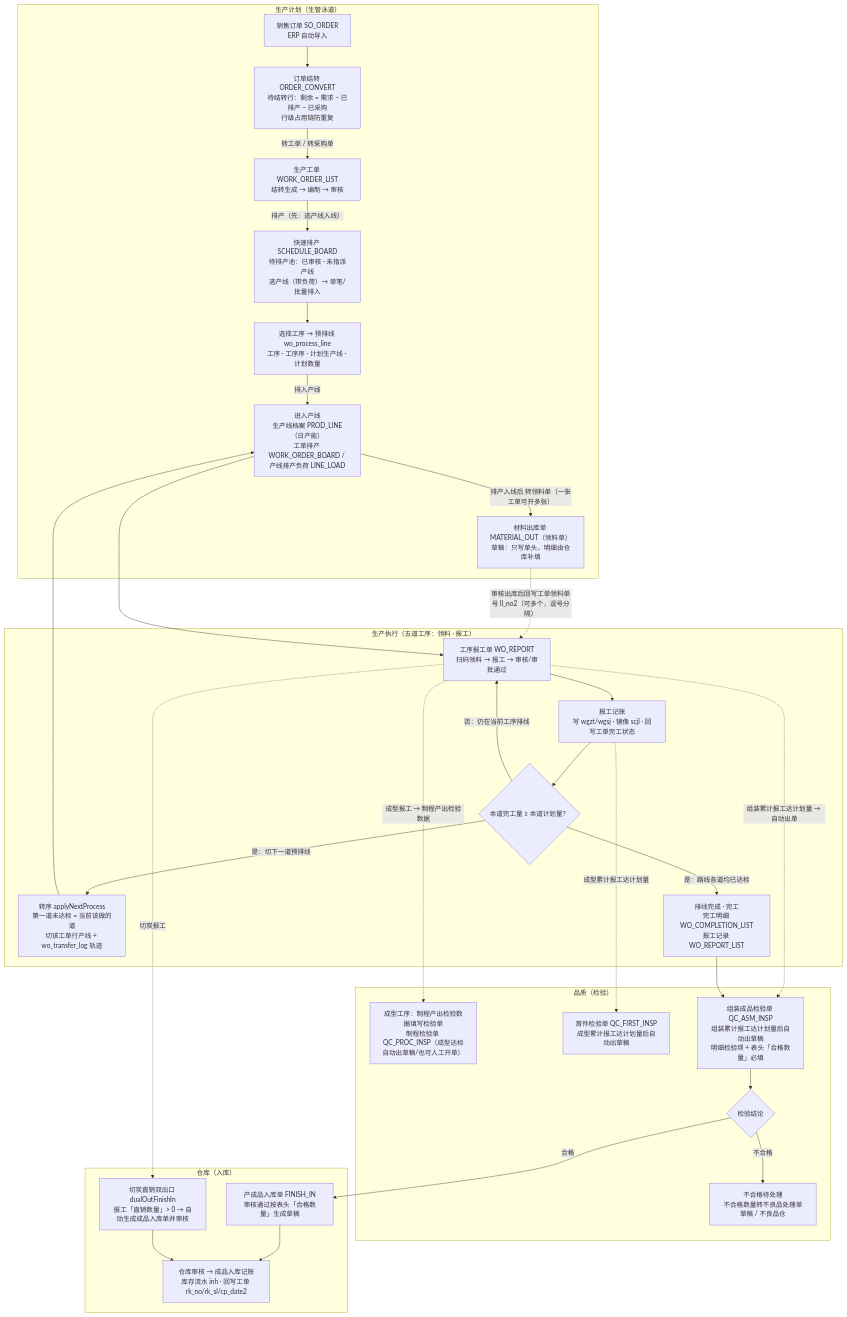
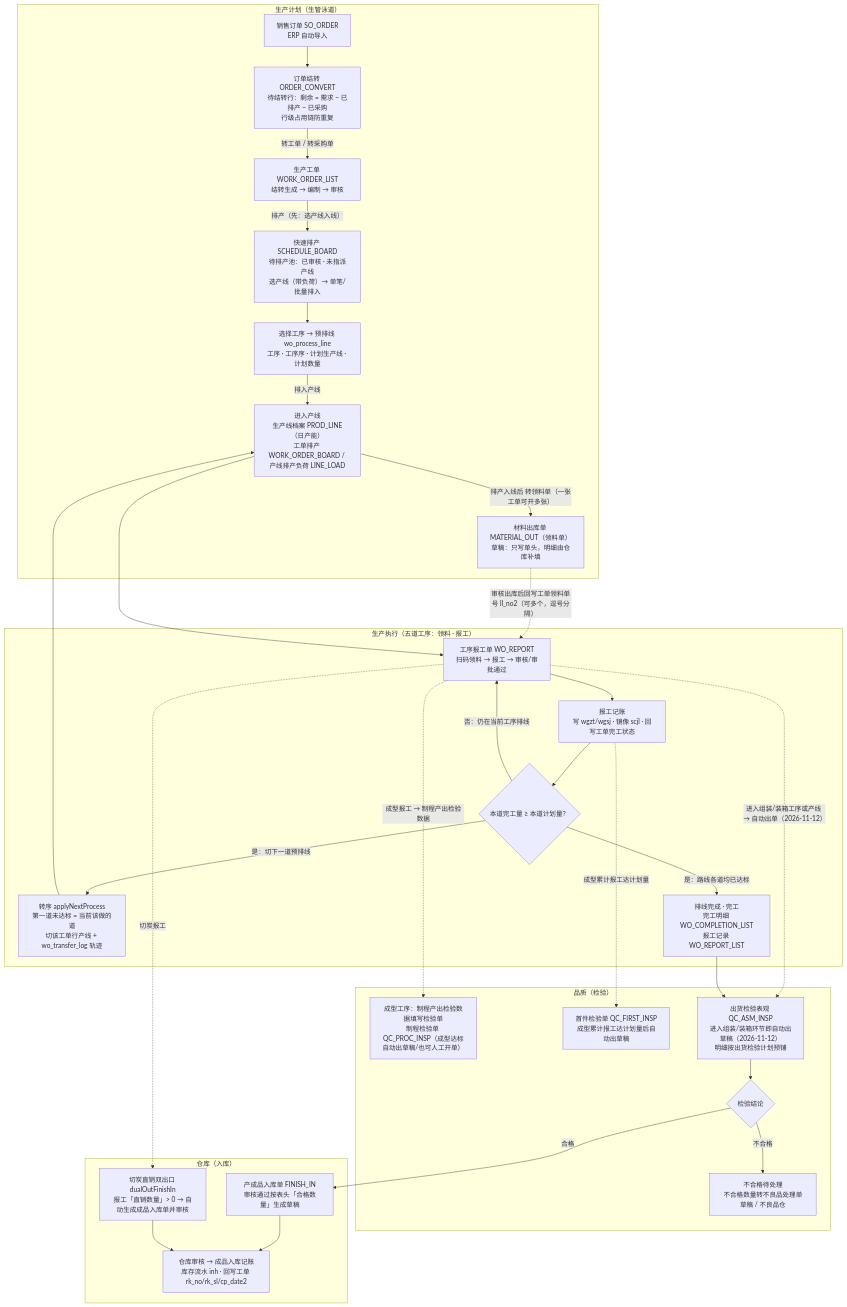
One commit to MyPanda-Hash/YINJIA changed the diagram in docs/design/生产流程-现役实现.md. Above: the diagram before and after it, drawn with Mermaid. The commit also changed other lines of this file and 33 other files, not shown here.

````diff
--- a/docs/design/生产流程-现役实现.md
+++ b/docs/design/生产流程-现役实现.md
@@ -13,58 +13,58 @@
 ```mermaid
 flowchart TD
   subgraph PLAN["生产计划（生管泳道）"]
     SO["销售订单 SO_ORDER<br/>ERP 自动导入"]
     CONV["订单结转 ORDER_CONVERT<br/>待结转行：剩余 = 需求 − 已排产 − 已采购<br/>行级占用链防重复"]
     WO["生产工单 WORK_ORDER_LIST<br/>结转生成 → 编制 → 审核"]
     PICK["材料出库单 MATERIAL_OUT（领料单）<br/>草稿：只写单头，明细由仓库补填"]
     SB["快速排产 SCHEDULE_BOARD<br/>待排产池：已审核 · 未指派产线<br/>选产线（带负荷）→ 单笔/批量排入"]
     OPSEL["选择工序 → 预排线 wo_process_line<br/>工序 · 工序序 · 计划生产线 · 计划数量"]
     LINE["进入产线<br/>生产线档案 PROD_LINE（日产能）<br/>工单排产 WORK_ORDER_BOARD / 产线排产负荷 LINE_LOAD"]
   end
 
   subgraph EXEC["生产执行（五道工序：领料 · 报工）"]
     REP["工序报工单 WO_REPORT<br/>扫码领料 → 报工 → 审核/审批通过"]
     POST["报工记账<br/>写 wgzt/wgsj · 镜像 scjl · 回写工单完工状态"]
     GATE{"本道完工量 ≥ 本道计划量？"}
     NEXT["转序 applyNextProcess<br/>第一道未达标 = 当前该做的道<br/>切该工单行产线 + wo_transfer_log 轨迹"]
     DONE["排线完成 · 完工<br/>完工明细 WO_COMPLETION_LIST<br/>报工记录 WO_REPORT_LIST"]
   end
 
   subgraph QC["品质（检验）"]
     PROCFILL["成型工序：制程产出检验数据填写检验单<br/>制程检验单 QC_PROC_INSP（成型达标自动出草稿/也可人工开单）"]
     FIRST["首件检验单 QC_FIRST_INSP<br/>成型累计报工达计划量后自动出草稿"]
-    ASM["组装成品检验单 QC_ASM_INSP<br/>组装累计报工达计划量后自动出草稿<br/>明细检验项 + 表头「合格数量」必填"]
+    ASM["出货检验表观 QC_ASM_INSP<br/>进入组装/装箱环节即自动出草稿（2026-11-12）<br/>明细按出货检验计划预铺"]
     JUDGE{"检验结论"}
     NG["不合格待处理<br/>不合格数量转不良品处理单草稿 / 不良品仓"]
   end
 
   subgraph WH["仓库（入库）"]
     FI["产成品入库单 FINISH_IN<br/>审核通过按表头「合格数量」生成草稿"]
     STOCK["仓库审核 → 成品入库记账<br/>库存流水 inh · 回写工单 rk_no/rk_sl/cp_date2"]
     CUTOUT["切炭直销双出口 dualOutFinishIn<br/>报工「直销数量」> 0 → 自动生成成品入库单并审核"]
   end
 
   SO --> CONV
   CONV -->|"转工单 / 转采购单"| WO
   WO -->|"排产（先：选产线入线）"| SB
   SB --> OPSEL
   OPSEL -->|"排入产线"| LINE
   LINE -->|"排产入线后 转领料单（一张工单可开多张）"| PICK
   PICK -.->|"审核出库后回写工单领料单号 ll_no2（可多个，逗号分隔）"| REP
   LINE --> REP
   REP --> POST --> GATE
   GATE -->|"否：仍在当前工序排线"| REP
   GATE -->|"是：切下一道预排线"| NEXT
   NEXT --> LINE
   GATE -->|"是：路线各道均已达标"| DONE
   REP -.->|"成型报工 → 制程产出检验数据"| PROCFILL
   POST -.->|"成型累计报工达计划量"| FIRST
-  REP -.->|"组装累计报工达计划量 → 自动出单"| ASM
+  REP -.->|"进入组装/装箱工序或产线 → 自动出单（2026-11-12）"| ASM
   DONE --> ASM
   ASM --> JUDGE
   JUDGE -->|"合格"| FI
   FI --> STOCK
   JUDGE -->|"不合格"| NG
   REP -.->|"切炭报工"| CUTOUT
   CUTOUT --> STOCK
 ```
````
